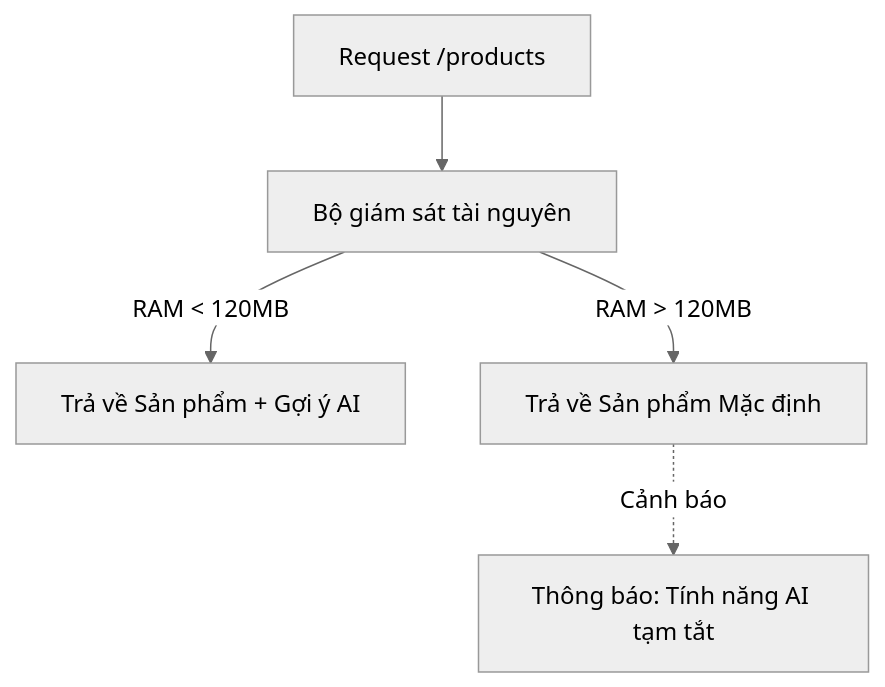
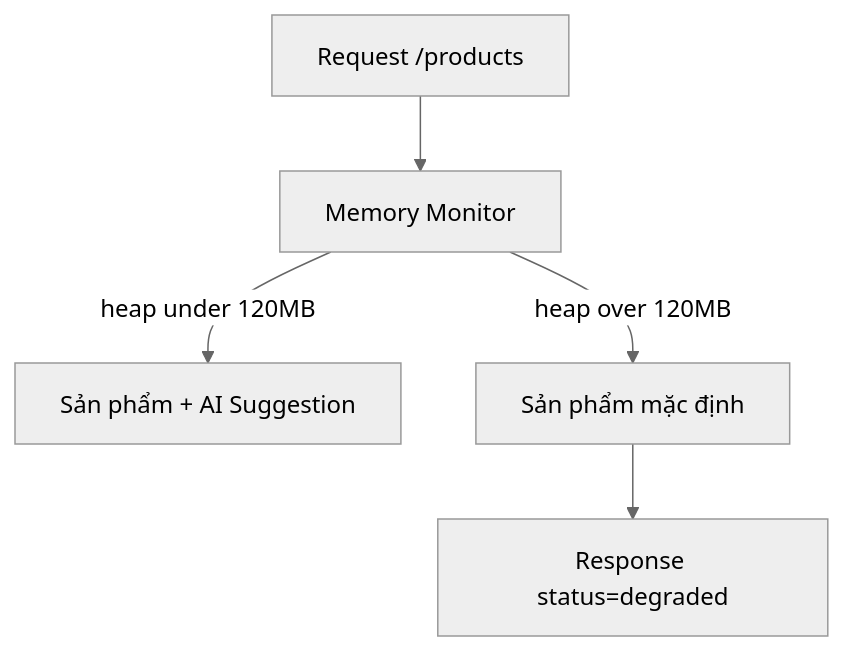
One commit to starci-lab/starci-academy-backend changed the second of 2 diagrams in .mount/data/courses/1-system-design-mastery/modules/5-reliability-and-resilience-patterns/contents/3-health-checks-and-graceful-degradation/vi.md. Above: the diagram before and after it, drawn with Mermaid (neutral theme). The commit also changed other lines of this file and 25 other files, not shown here.

````diff
--- a/.mount/data/courses/1-system-design-mastery/modules/5-reliability-and-resilience-patterns/contents/3-health-checks-and-graceful-degradation/vi.md
+++ b/.mount/data/courses/1-system-design-mastery/modules/5-reliability-and-resilience-patterns/contents/3-health-checks-and-graceful-degradation/vi.md
@@ -25,7 +300,7 @@
 ```mermaid
 flowchart TD
-    Req[Request /products] --> Monitor[Bộ giám sát tài nguyên]
-    Monitor -->|RAM < 120MB| Normal[Trả về Sản phẩm + Gợi ý AI]
-    Monitor -->|RAM > 120MB| Degraded[Trả về Sản phẩm Mặc định]
-    Degraded -.->|Cảnh báo| User[Thông báo: Tính năng AI tạm tắt]
+	Req["Request /products"] --> Monitor["Memory Monitor"]
+	Monitor -->|heap under 120MB| Normal["Sản phẩm + AI Suggestion"]
+	Monitor -->|heap over 120MB| Degraded["Sản phẩm mặc định"]
+	Degraded --> Notice["Response status=degraded"]
 ```
````
